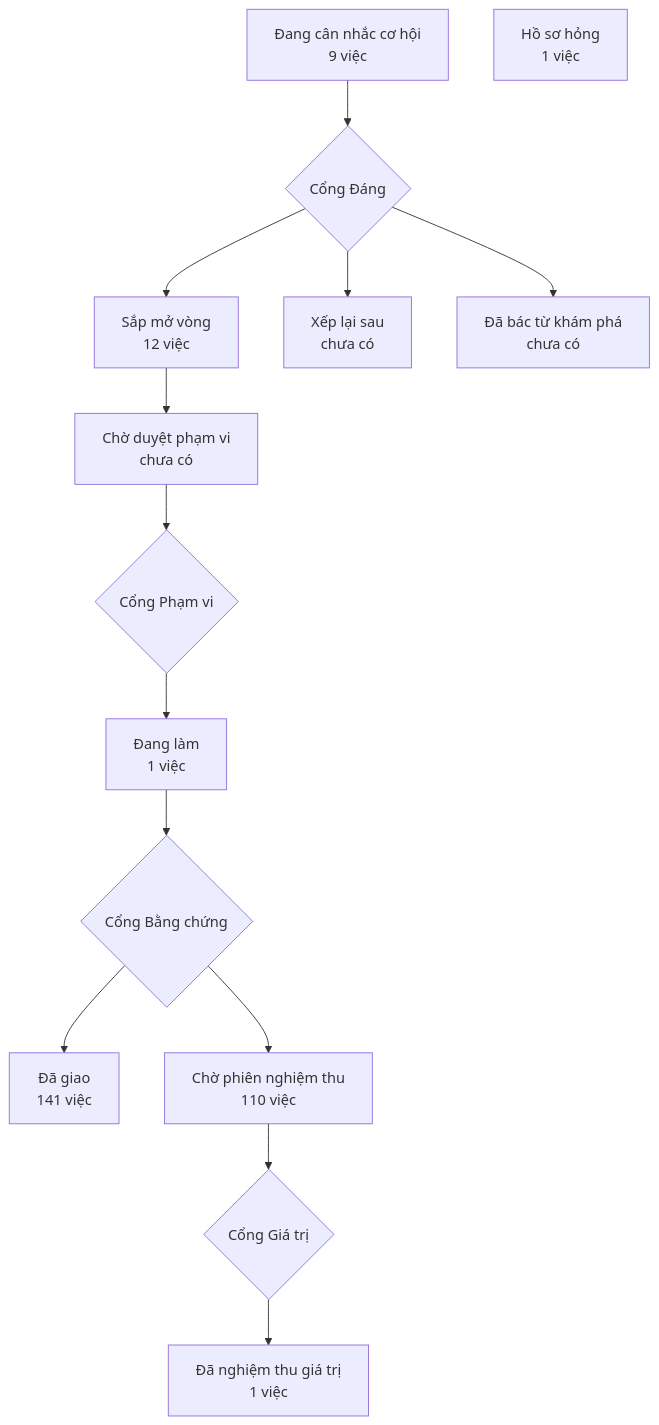
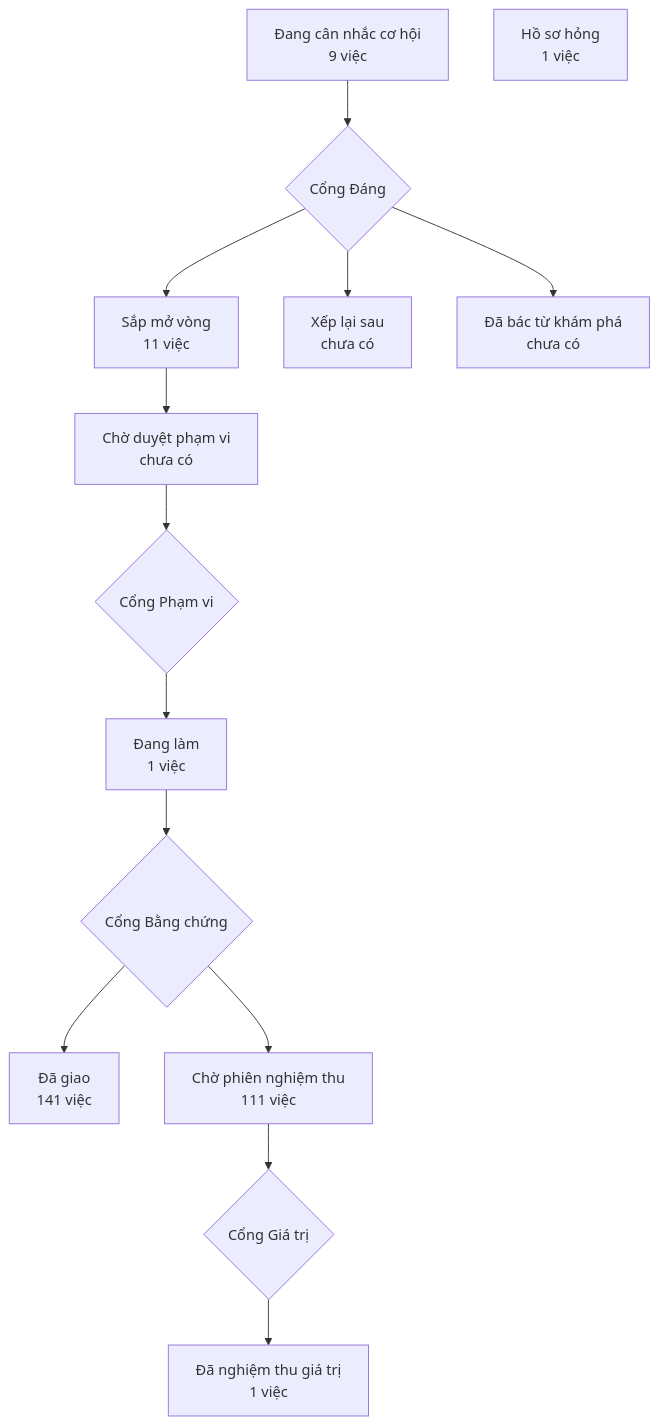
The diagram in PRODUCT-MAP.md (phanlemanh/crm-onehub), drawn with Mermaid before and after one commit. The commit also changed 1 other file, not shown here.

Commit message:
chore(ba-ho-so-do-san): vẽ lại bản đồ sản phẩm từ bản sạch

````diff
--- a/PRODUCT-MAP.md
+++ b/PRODUCT-MAP.md
@@ -7,13 +7,13 @@
 ```mermaid
 flowchart TD
   A["Đang cân nhắc cơ hội<br/>9 việc"] --> GD{"Cổng Đáng"}
-  GD --> B["Sắp mở vòng<br/>12 việc"]
+  GD --> B["Sắp mở vòng<br/>11 việc"]
   GD --> XL["Xếp lại sau<br/>chưa có"]
   GD --> DB["Đã bác từ khám phá<br/>chưa có"]
   B --> CD["Chờ duyệt phạm vi<br/>chưa có"] --> GP{"Cổng Phạm vi"}
   GP --> DL["Đang làm<br/>1 việc"] --> GB{"Cổng Bằng chứng"}
   GB --> DG["Đã giao<br/>141 việc"]
-  GB --> CN["Chờ phiên nghiệm thu<br/>110 việc"] --> GG{"Cổng Giá trị"}
+  GB --> CN["Chờ phiên nghiệm thu<br/>111 việc"] --> GG{"Cổng Giá trị"}
   GG --> NT["Đã nghiệm thu giá trị<br/>1 việc"]
   HS["Hồ sơ hỏng<br/>1 việc"]
 ```
````
